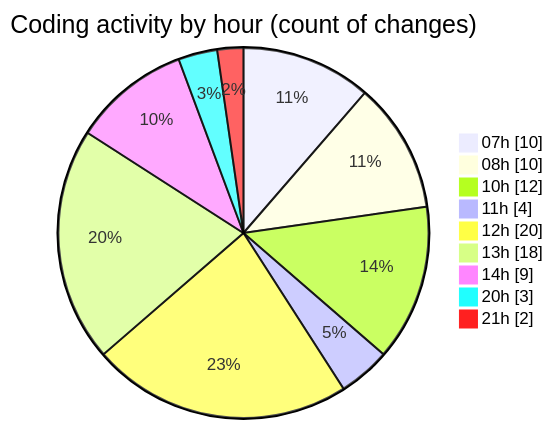
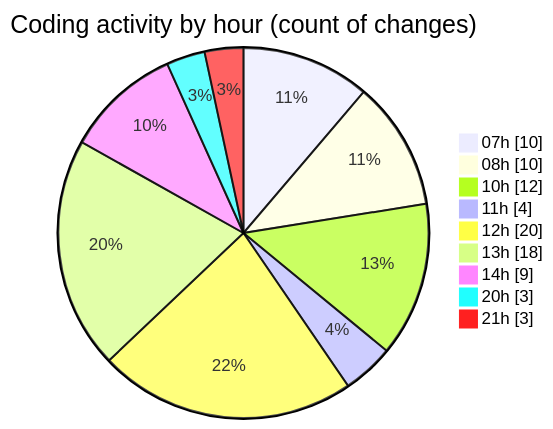
The second of 2 diagrams in 2026-02-08/singularitybrainai/README.md (tmsrecording-cyber/code-tracking), drawn with Mermaid before and after one commit. The commit also changed other lines of this file and 1 other file, not shown here.

````diff
--- a/2026-02-08/singularitybrainai/README.md
+++ b/2026-02-08/singularitybrainai/README.md
@@ -46,13 +46,13 @@
 ```mermaid
 pie showData
 title Coding activity by hour (count of changes)
 "07h" : 10
 "08h" : 10
 "10h" : 12
 "11h" : 4
 "12h" : 20
 "13h" : 18
 "14h" : 9
 "20h" : 3
-"21h" : 2
+"21h" : 3
 ```
````
